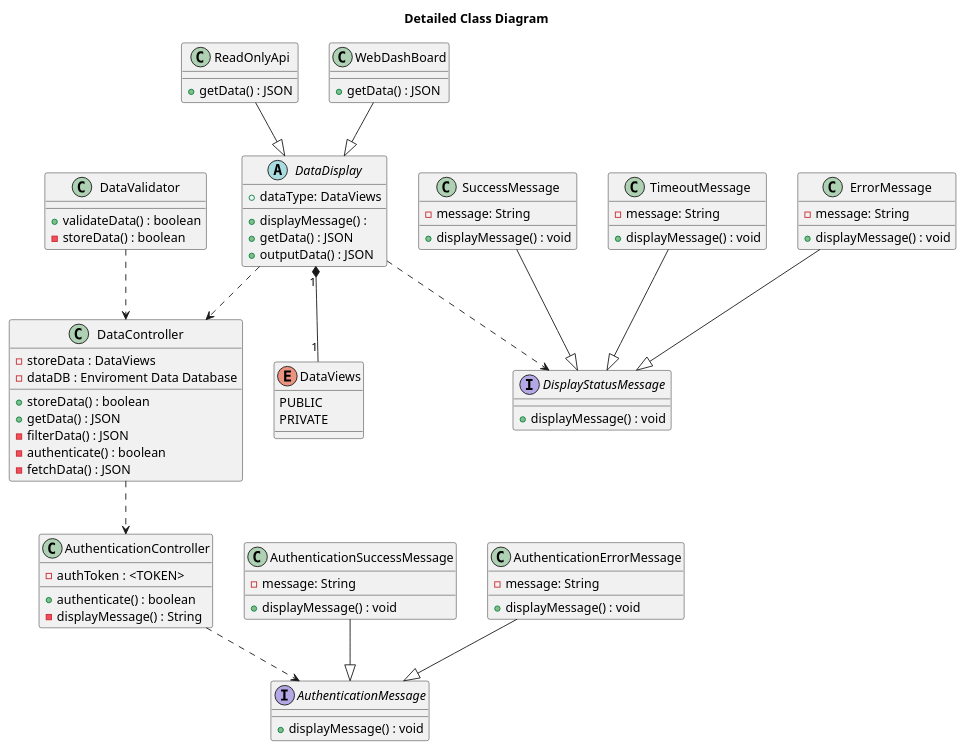
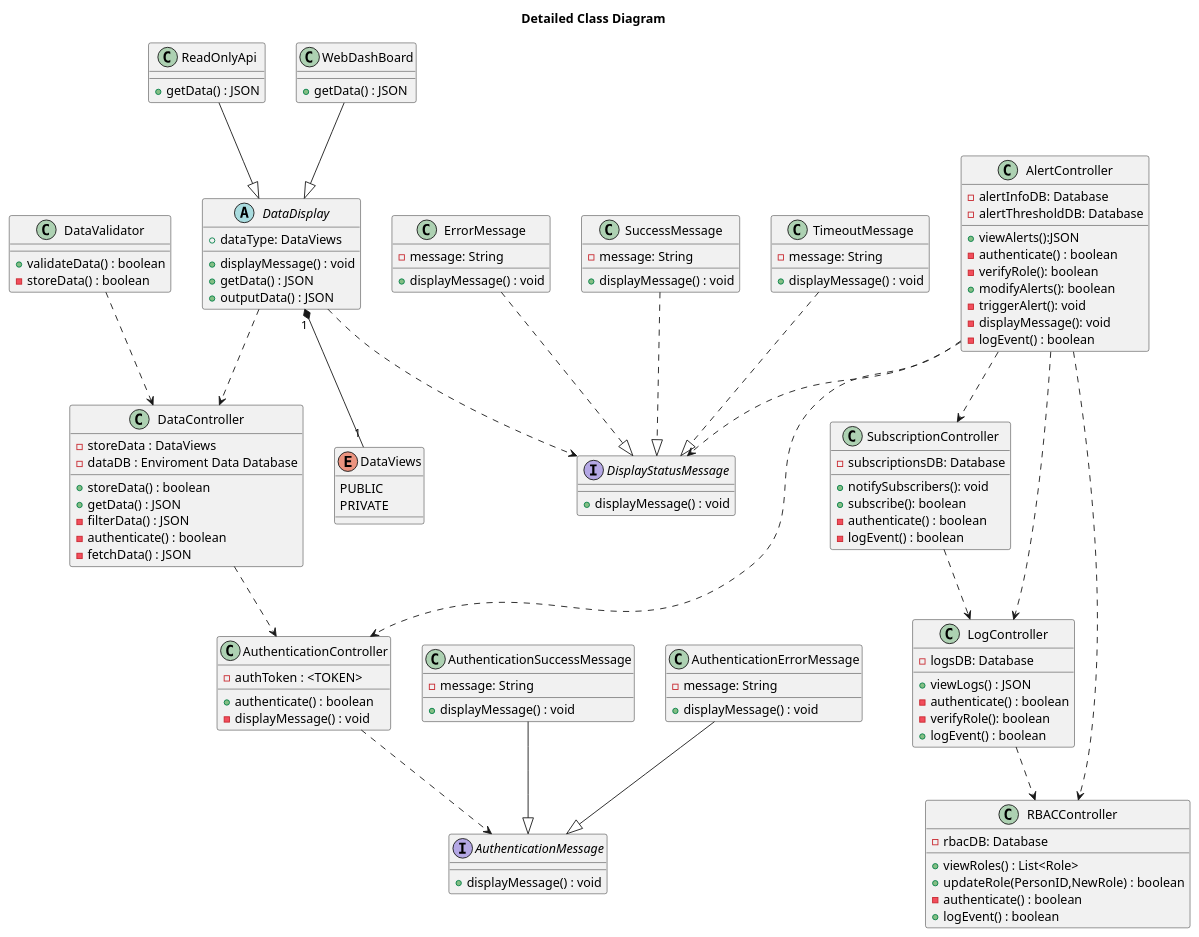
The diagram in detailed-class-diag/template.puml (kailashsrirang/3a04-deliverable3), drawn with PlantUML before and after one commit.

Commit message:
added the rest of the controller classes

```diff
--- a/detailed-class-diag/template.puml
+++ b/detailed-class-diag/template.puml
@@ -1,94 +1,139 @@
 @startuml
 title Detailed Class Diagram
 
 class DataValidator {
     +validateData() : boolean
     -storeData() : boolean
 }
 
 class DataController {
     -storeData : DataViews
     +storeData() : boolean
     +getData() : JSON
     -filterData() : JSON
     -authenticate() : boolean
     -fetchData() : JSON
     - dataDB : Enviroment Data Database
 }
 
 abstract DataDisplay{
-    + displayMessage() : 
+    + displayMessage() : void
     + dataType: DataViews
     +getData() : JSON
     +outputData() : JSON
 }
 
 class ReadOnlyApi{
     +getData() : JSON
 }
 
 class WebDashBoard{
     +getData() : JSON
 }
 
 WebDashBoard --|> DataDisplay
 ReadOnlyApi --|> DataDisplay
 DataDisplay ..> DataController 
 
 
 interface DisplayStatusMessage{
     +displayMessage() : void
 }
 
 class ErrorMessage{
     -message: String
     +displayMessage() : void
 }
 class SuccessMessage{
     -message: String
     +displayMessage() : void
 }
 class TimeoutMessage{
     -message: String
     +displayMessage() : void
 }
-TimeoutMessage --|> DisplayStatusMessage
-SuccessMessage --|> DisplayStatusMessage
-ErrorMessage --|> DisplayStatusMessage
+TimeoutMessage ..|> DisplayStatusMessage
+SuccessMessage ..|> DisplayStatusMessage
+ErrorMessage ..|> DisplayStatusMessage
 
 enum DataViews {
     PUBLIC
     PRIVATE
 }
 
 
 
 ' authentication
 class AuthenticationController {
     +authenticate() : boolean
-    -displayMessage() : String
+    -displayMessage() : void
     -authToken : <TOKEN>
 }
 interface AuthenticationMessage{
     +displayMessage() : void
 }
 class AuthenticationSuccessMessage{
     -message: String
     +displayMessage() : void
 }
 class AuthenticationErrorMessage{
     -message: String
     +displayMessage() : void
 }
-AuthenticationSuccessMessage --|>  AuthenticationMessage
+AuthenticationSuccessMessage --|> AuthenticationMessage
 AuthenticationErrorMessage --|> AuthenticationMessage
-
 
 DataValidator ..> DataController 
 DataDisplay "1" *-- "1" DataViews 
 DataDisplay ..> DisplayStatusMessage 
 DataController ..> AuthenticationController 
 AuthenticationController ..> AuthenticationMessage 
 
+class AlertController {
+    -alertInfoDB: Database
+    -alertThresholdDB: Database
+    +viewAlerts():JSON
+    -authenticate() : boolean
+    -verifyRole(): boolean
+    +modifyAlerts(): boolean
+    -triggerAlert(): void
+    -displayMessage(): void
+    -logEvent() : boolean
+}
+AlertController ..> DisplayStatusMessage 
+AlertController ..> AuthenticationController 
+
+class SubscriptionController {
+    -subscriptionsDB: Database
+    +notifySubscribers(): void
+    +subscribe(): boolean
+    -authenticate() : boolean
+    -logEvent() : boolean
+}
+AlertController ..> SubscriptionController 
+
+class LogController {
+    -logsDB: Database
+    +viewLogs() : JSON
+    -authenticate() : boolean
+    -verifyRole(): boolean
+    +logEvent() : boolean
+}
+AlertController ..> LogController 
+SubscriptionController ..> LogController 
+
+class RBACController {
+    -rbacDB: Database
+    +viewRoles() : List<Role>
+    +updateRole(PersonID,NewRole) : boolean
+    -authenticate() : boolean
+    +logEvent() : boolean
+}
+AlertController ..> RBACController 
+LogController ..> RBACController 
+
+
+
+
 
 @enduml
```
